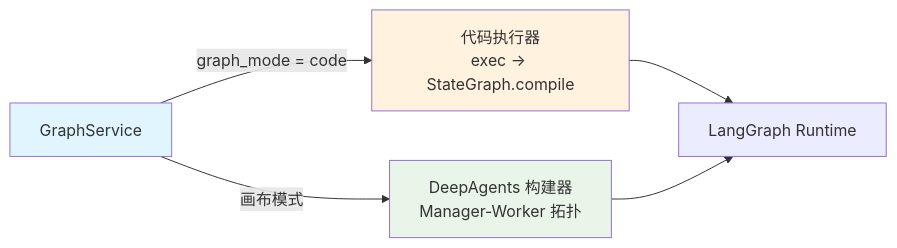
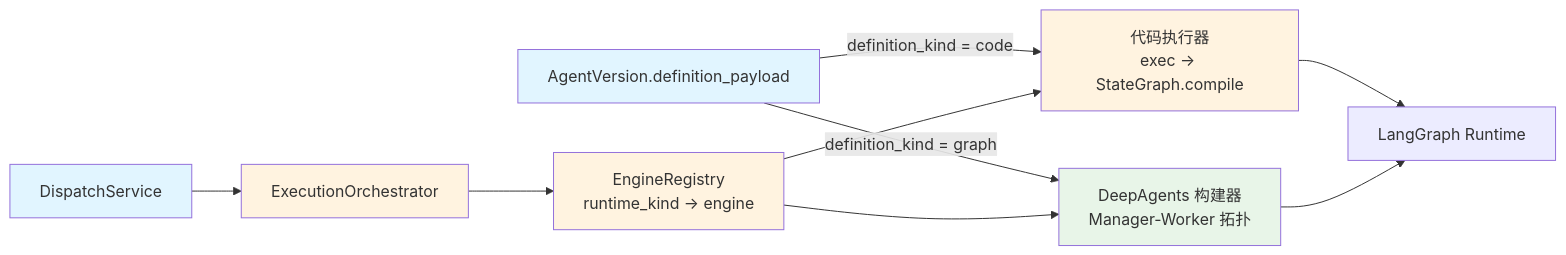
Before and after one commit to jd-opensource/JoySafeter: the second of 5 diagrams in docs/ARCHITECTURE_CN.md, drawn with Mermaid. The commit also changed other lines of this file and 2 other files, not shown here.

Commit message:
docs: refresh architecture for agent execution model

````diff
--- a/docs/ARCHITECTURE_CN.md
+++ b/docs/ARCHITECTURE_CN.md
@@ -106,12 +110,19 @@
 ```mermaid
 flowchart LR
-    Service[GraphService] -->|graph_mode = code| CodeExec[代码执行器<br/>exec → StateGraph.compile]
-    Service -->|画布模式| DeepBuilder[DeepAgents 构建器<br/>Manager-Worker 拓扑]
+    Version[AgentVersion.definition_payload] -->|definition_kind = code| CodeExec[代码执行器<br/>exec → StateGraph.compile]
+    Version -->|definition_kind = graph| DeepBuilder[DeepAgents 构建器<br/>Manager-Worker 拓扑]
+    Dispatch[DispatchService] --> Orchestrator[ExecutionOrchestrator]
+    Orchestrator --> Registry[EngineRegistry<br/>runtime_kind -> engine]
+    Registry --> CodeExec
+    Registry --> DeepBuilder
 
     CodeExec --> LangGraph[LangGraph Runtime]
     DeepBuilder --> LangGraph
 
-    style Service fill:#e1f5ff
+    style Version fill:#e1f5ff
+    style Dispatch fill:#e1f5ff
+    style Orchestrator fill:#fff3e0
+    style Registry fill:#fff3e0
     style CodeExec fill:#fff3e0
     style DeepBuilder fill:#e8f5e8
 ```
````
